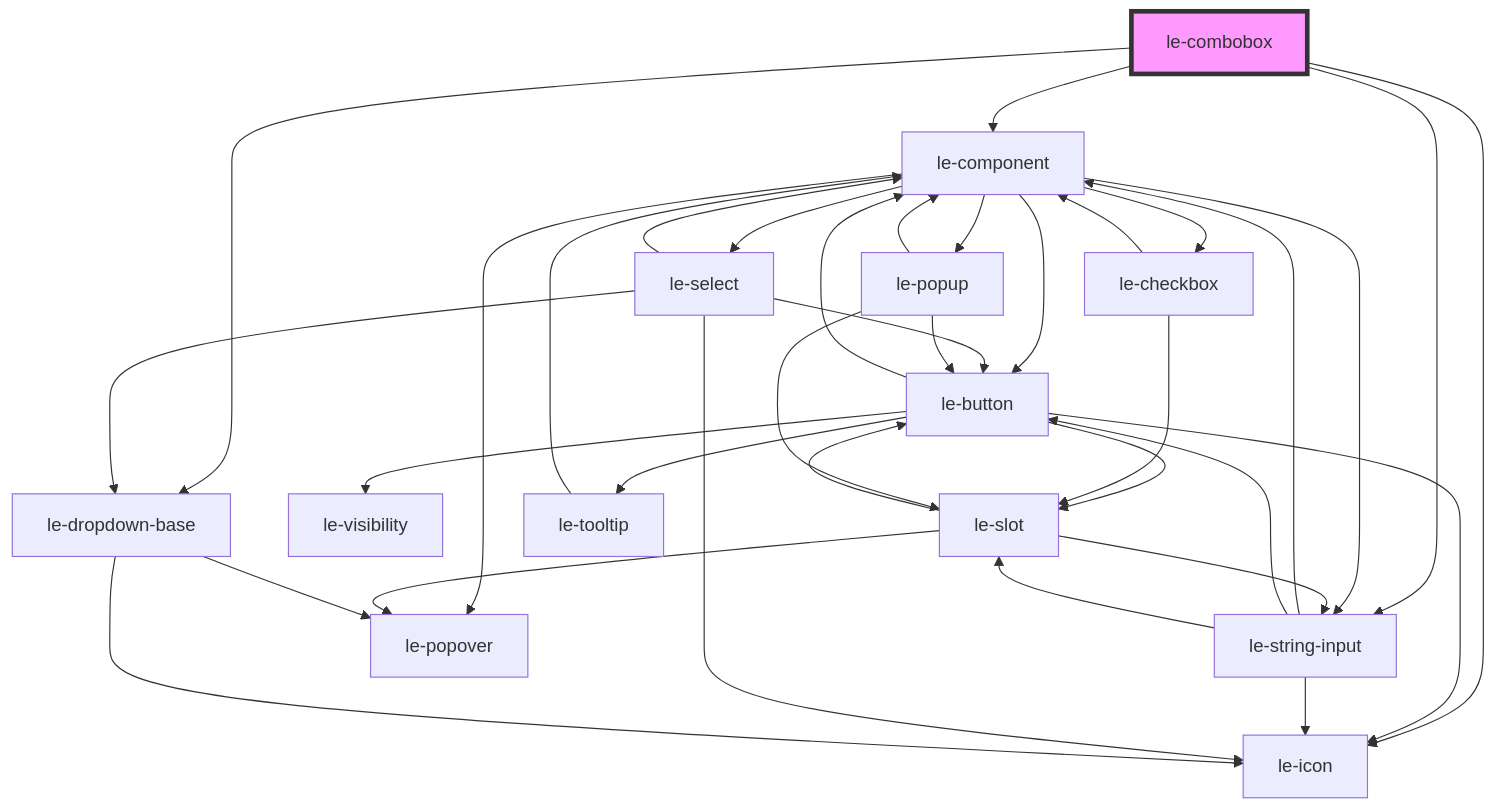
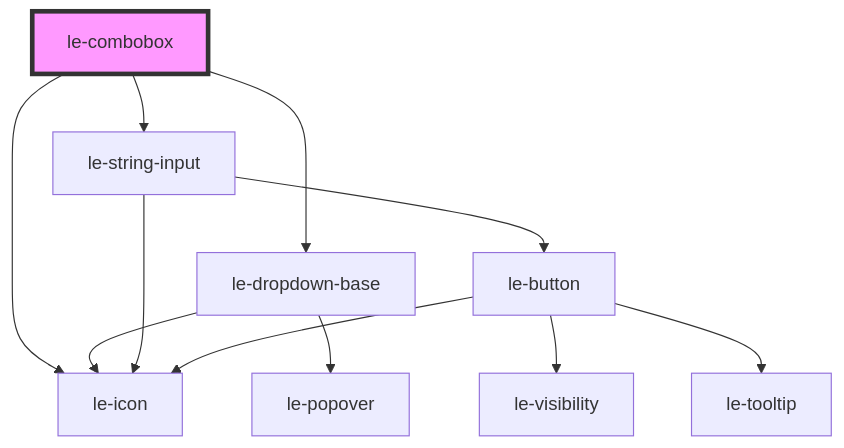
One commit to leechy/le-kit changed the diagram in packages/core/src/components/le-combobox/readme.md. Above: the diagram before and after it, drawn with Mermaid. The commit also changed 44 other files, not shown here.

````diff
--- a/packages/core/src/components/le-combobox/readme.md
+++ b/packages/core/src/components/le-combobox/readme.md
@@ -86,38 +86,14 @@
 ```mermaid
 graph TD;
-  le-combobox --> le-component
   le-combobox --> le-dropdown-base
   le-combobox --> le-string-input
   le-combobox --> le-icon
-  le-component --> le-button
-  le-component --> le-select
-  le-component --> le-checkbox
-  le-component --> le-string-input
-  le-component --> le-popover
-  le-component --> le-popup
+  le-dropdown-base --> le-icon
+  le-dropdown-base --> le-popover
+  le-string-input --> le-button
+  le-string-input --> le-icon
   le-button --> le-icon
   le-button --> le-visibility
-  le-button --> le-slot
-  le-button --> le-component
   le-button --> le-tooltip
-  le-slot --> le-popover
-  le-slot --> le-button
-  le-slot --> le-string-input
-  le-string-input --> le-component
-  le-string-input --> le-button
-  le-string-input --> le-icon
-  le-string-input --> le-slot
-  le-tooltip --> le-component
-  le-select --> le-icon
-  le-select --> le-component
-  le-select --> le-dropdown-base
-  le-select --> le-button
-  le-dropdown-base --> le-icon
-  le-dropdown-base --> le-popover
-  le-checkbox --> le-component
-  le-checkbox --> le-slot
-  le-popup --> le-slot
-  le-popup --> le-button
-  le-popup --> le-component
   style le-combobox fill:#f9f,stroke:#333,stroke-width:4px
 ```
````
